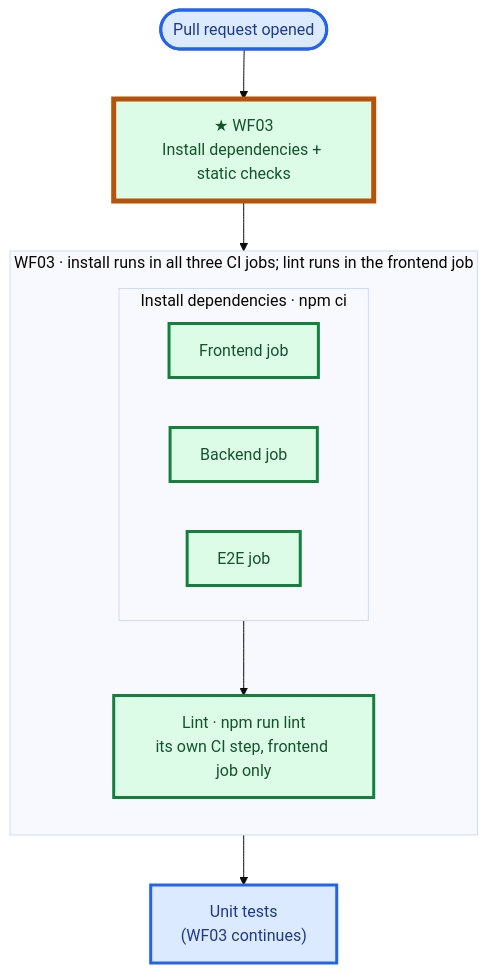
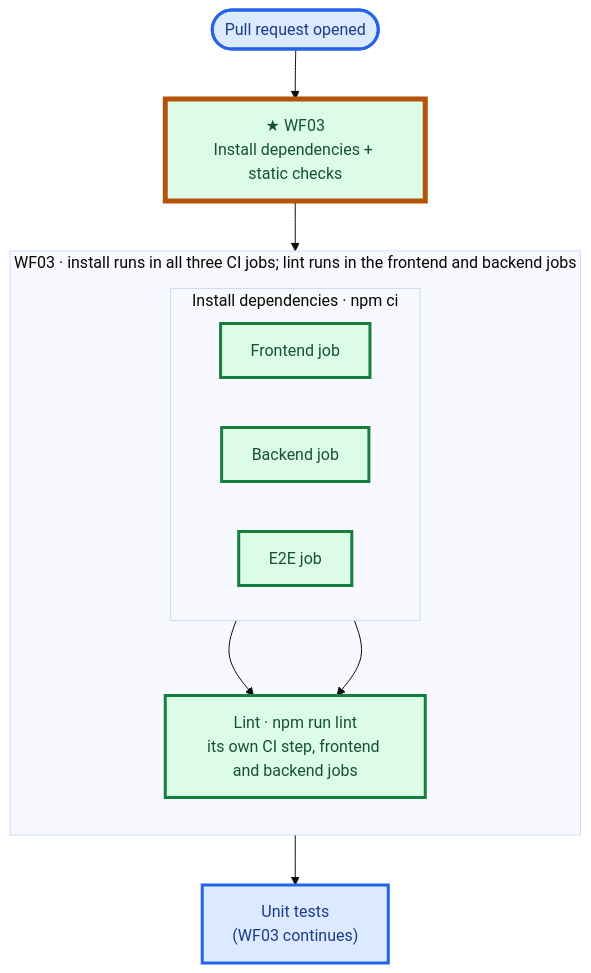
The fourth of 4 diagrams in README.md (IT7993-FALL-2026-PEERS/ProjectPeerEvaluation), drawn with Mermaid (base theme) before and after one commit. The commit also changed other lines of this file and 13 other files, not shown here.

First line of the commit message:
Lint the backend with ESLint in CI

````diff
--- a/README.md
+++ b/README.md
@@ -224,27 +224,28 @@
 ```mermaid
 flowchart TB
     PR(["Pull request opened"]) --> WF03["★ WF03<br/>Install dependencies + static checks"]
 
-    subgraph WF03BOX["WF03 · install runs in all three CI jobs; lint runs in the frontend job"]
+    subgraph WF03BOX["WF03 · install runs in all three CI jobs; lint runs in the frontend and backend jobs"]
         direction TB
         subgraph INSTALL["Install dependencies · npm ci"]
             direction LR
             FE["Frontend job"]
             BE["Backend job"]
             E2E["E2E job"]
         end
-        LINT["Lint · npm run lint<br/>its own CI step, frontend job only"]
+        LINT["Lint · npm run lint<br/>its own CI step, frontend and backend jobs"]
         FE --> LINT
+        BE --> LINT
     end
 
     WF03 --> WF03BOX
     LINT --> NEXT["Unit tests<br/>(WF03 continues)"]
 
     classDef done fill:#dcfce7,stroke:#15803d,color:#14532d,stroke-width:3px
     classDef highlight fill:#dcfce7,stroke:#b45309,color:#14532d,stroke-width:5px
     classDef endpoint fill:#dbeafe,stroke:#2563eb,color:#1e3a8a,stroke-width:3px
 
     class FE,BE,E2E,LINT done
     class PR,NEXT endpoint
     class WF03 highlight
 ```
````
